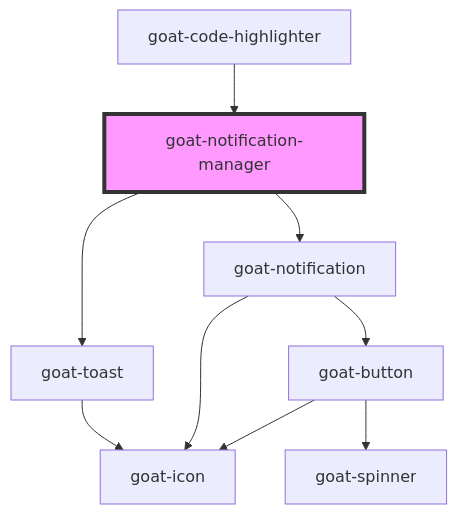
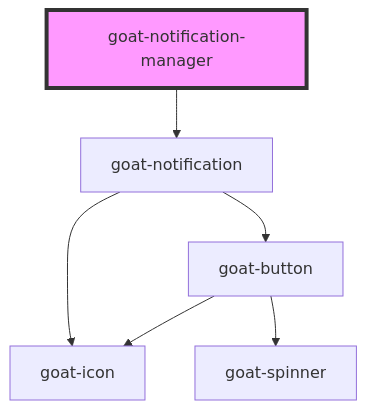
Before and after one commit to goatui/components: the diagram in src/components/informational/notification-manager/readme.md, drawn with Mermaid. The commit also changed other lines of this file and 137 other files, not shown here.

````diff
--- a/src/components/informational/notification-manager/readme.md
+++ b/src/components/informational/notification-manager/readme.md
@@ -28,12 +23,9 @@
 ```mermaid
 graph TD;
-  goat-notification-manager --> goat-toast
   goat-notification-manager --> goat-notification
-  goat-toast --> goat-icon
+  goat-notification --> goat-icon
   goat-notification --> goat-button
-  goat-notification --> goat-icon
   goat-button --> goat-spinner
   goat-button --> goat-icon
-  goat-code-highlighter --> goat-notification-manager
   style goat-notification-manager fill:#f9f,stroke:#333,stroke-width:4px
 ```
````
